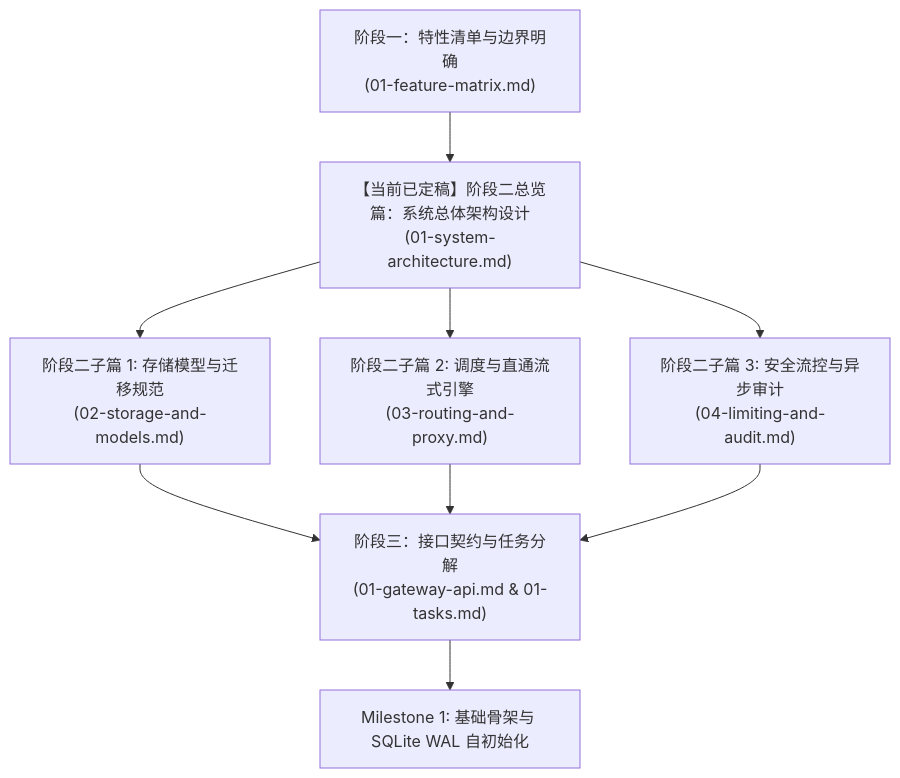
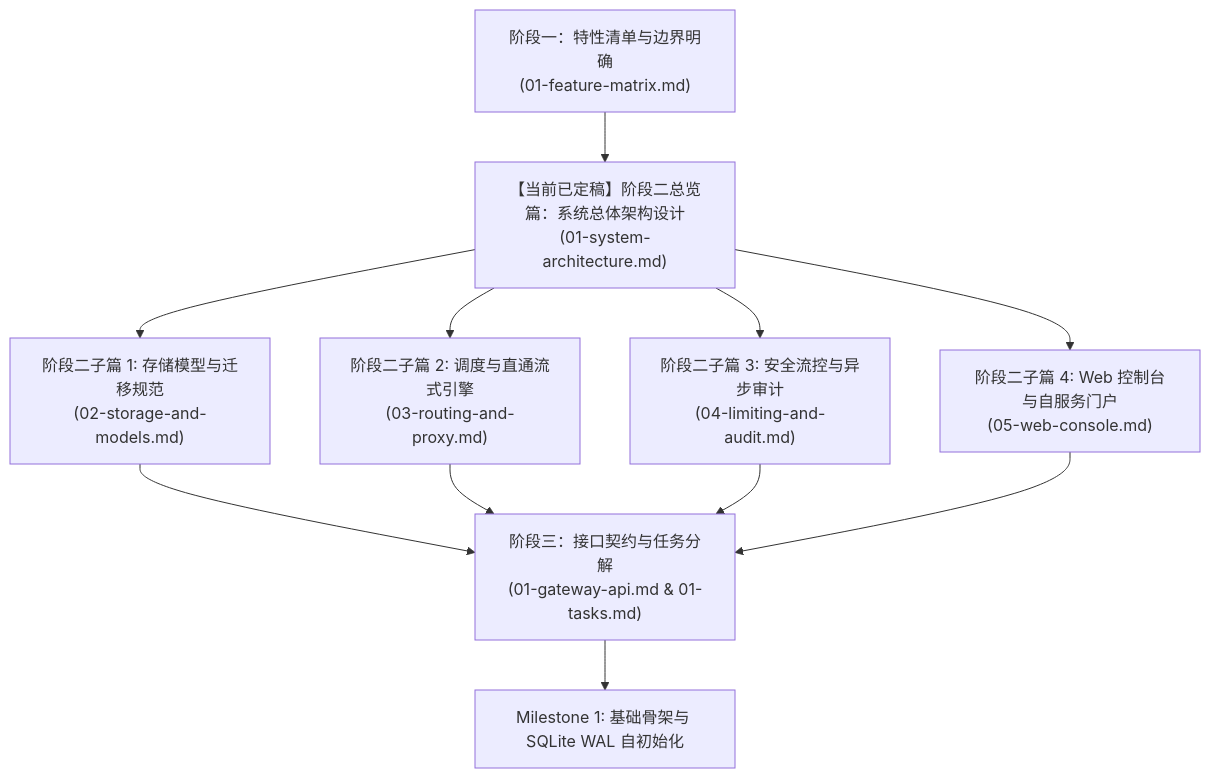
One commit to fugui/rs-gate changed the sixth of 6 diagrams in docs/02-design/01-system-architecture.md. Above: the diagram before and after it, drawn with Mermaid. The commit also changed other lines of this file and 3 other files, not shown here.

Commit message:
docs: add 05-web-console.md architecture specification and update docs hub

````diff
--- a/docs/02-design/01-system-architecture.md
+++ b/docs/02-design/01-system-architecture.md
@@ -778,14 +778,16 @@
 ```mermaid
 graph TD
     Matrix["阶段一：特性清单与边界明确<br>(01-feature-matrix.md)"] --> ArchDoc["【当前已定稿】阶段二总览篇：系统总体架构设计<br>(01-system-architecture.md)"]
     
     ArchDoc --> SubDoc1["阶段二子篇 1: 存储模型与迁移规范<br>(02-storage-and-models.md)"]
     ArchDoc --> SubDoc2["阶段二子篇 2: 调度与直通流式引擎<br>(03-routing-and-proxy.md)"]
     ArchDoc --> SubDoc3["阶段二子篇 3: 安全流控与异步审计<br>(04-limiting-and-audit.md)"]
+    ArchDoc --> SubDoc4["阶段二子篇 4: Web 控制台与自服务门户<br>(05-web-console.md)"]
 
     SubDoc1 --> Phase3["阶段三：接口契约与任务分解<br>(01-gateway-api.md & 01-tasks.md)"]
     SubDoc2 --> Phase3
     SubDoc3 --> Phase3
+    SubDoc4 --> Phase3
 
     Phase3 --> M1["Milestone 1: 基础骨架与 SQLite WAL 自初始化"]
 ```
````
